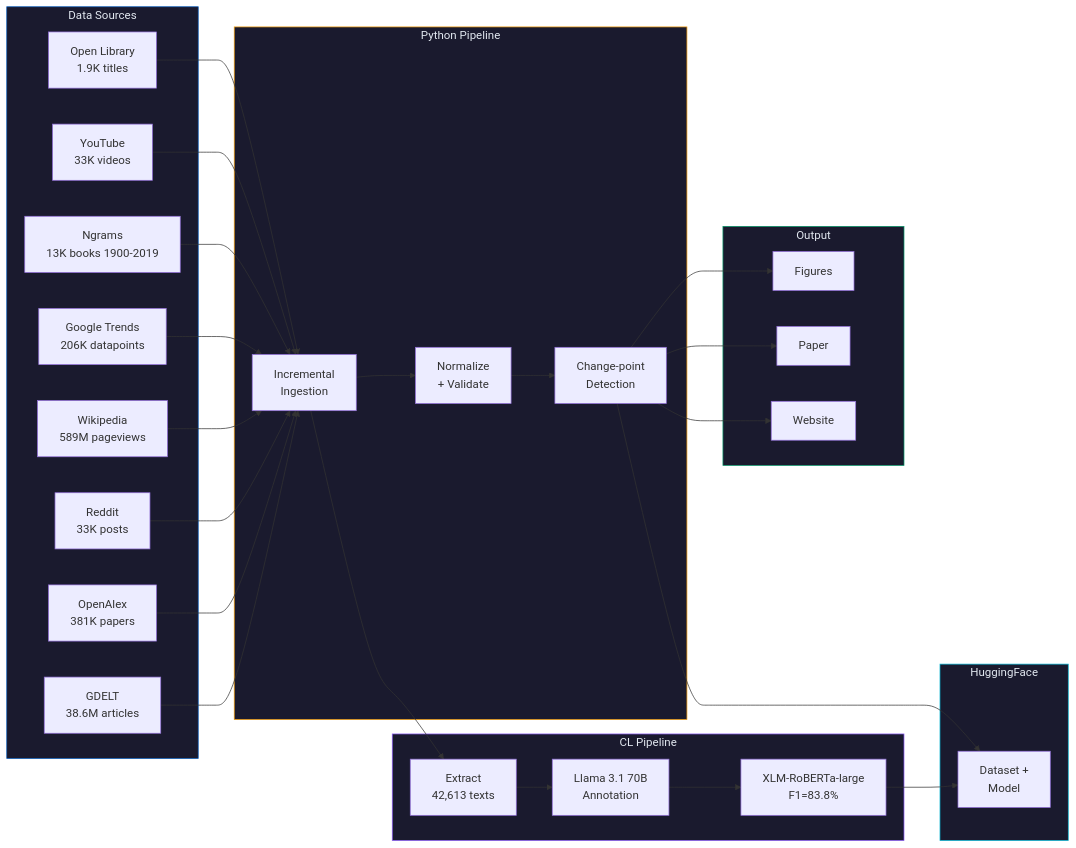
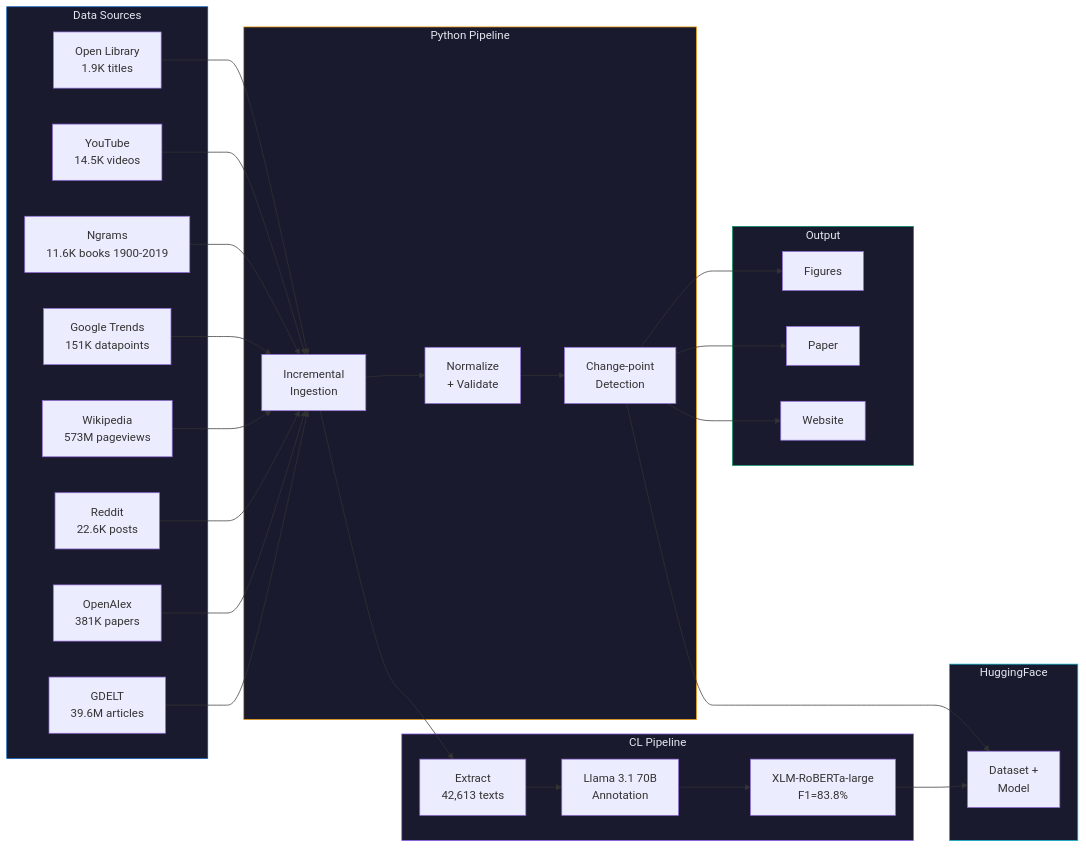
The diagram in README.md (IvanDobrovolsky/kyivnotkiev), drawn with Mermaid before and after one commit. The commit also changed other lines of this file and 5 other files, not shown here.

````diff
--- a/README.md
+++ b/README.md
@@ -37,47 +37,47 @@
 ```mermaid
 graph LR
     subgraph Sources["Data Sources"]
         style Sources fill:#1a1a2e,stroke:#0057B8,color:#e2e8f0
-        GDELT["GDELT<br/>38.6M articles"]
+        GDELT["GDELT<br/>39.6M articles"]
         OA["OpenAlex<br/>381K papers"]
-        Reddit["Reddit<br/>33K posts"]
-        Wiki["Wikipedia<br/>589M pageviews"]
-        Trends["Google Trends<br/>206K datapoints"]
-        Ngrams["Ngrams<br/>13K books 1900-2019"]
-        YT["YouTube<br/>33K videos"]
+        Reddit["Reddit<br/>22.6K posts"]
+        Wiki["Wikipedia<br/>573M pageviews"]
+        Trends["Google Trends<br/>151K datapoints"]
+        Ngrams["Ngrams<br/>11.6K books 1900-2019"]
+        YT["YouTube<br/>14.5K videos"]
         OL["Open Library<br/>1.9K titles"]
     end
 
     subgraph Pipeline["Python Pipeline"]
         style Pipeline fill:#1a1a2e,stroke:#f59e0b,color:#e2e8f0
         Ingest["Incremental<br/>Ingestion"]
         Transform["Normalize<br/>+ Validate"]
         Analyze["Change-point<br/>Detection"]
     end
 
     subgraph CL["CL Pipeline"]
         style CL fill:#1a1a2e,stroke:#8b5cf6,color:#e2e8f0
         Extract["Extract<br/>42,613 texts"]
         Annotate["Llama 3.1 70B<br/>Annotation"]
         Finetune["XLM-RoBERTa-large<br/>F1=83.8%"]
     end
 
     subgraph Storage["HuggingFace"]
         style Storage fill:#1a1a2e,stroke:#06b6d4,color:#e2e8f0
         HF["Dataset +<br/>Model"]
     end
 
     subgraph Output["Output"]
         style Output fill:#1a1a2e,stroke:#059669,color:#e2e8f0
         Figures["Figures"]
         Paper["Paper"]
         Web["Website"]
     end
 
     GDELT & OA & Reddit & Wiki & Trends & Ngrams & YT & OL --> Ingest
     Ingest --> Transform --> Analyze
     Analyze --> Figures & Paper & Web
     Ingest --> Extract --> Annotate --> Finetune
     Finetune --> HF
     Analyze --> HF
 ```
````
